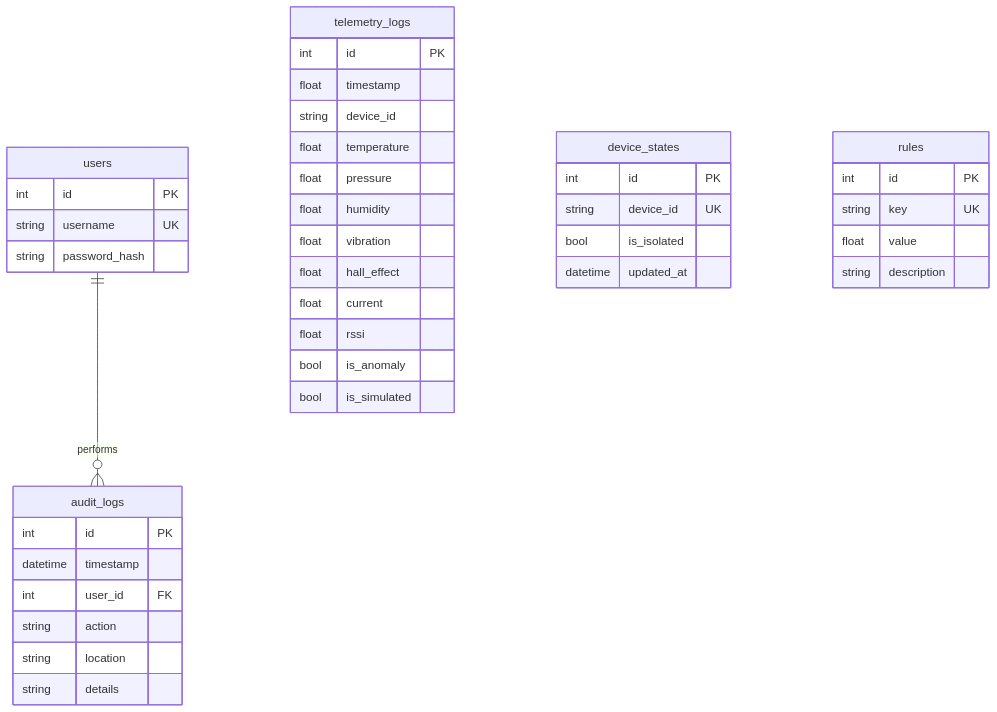
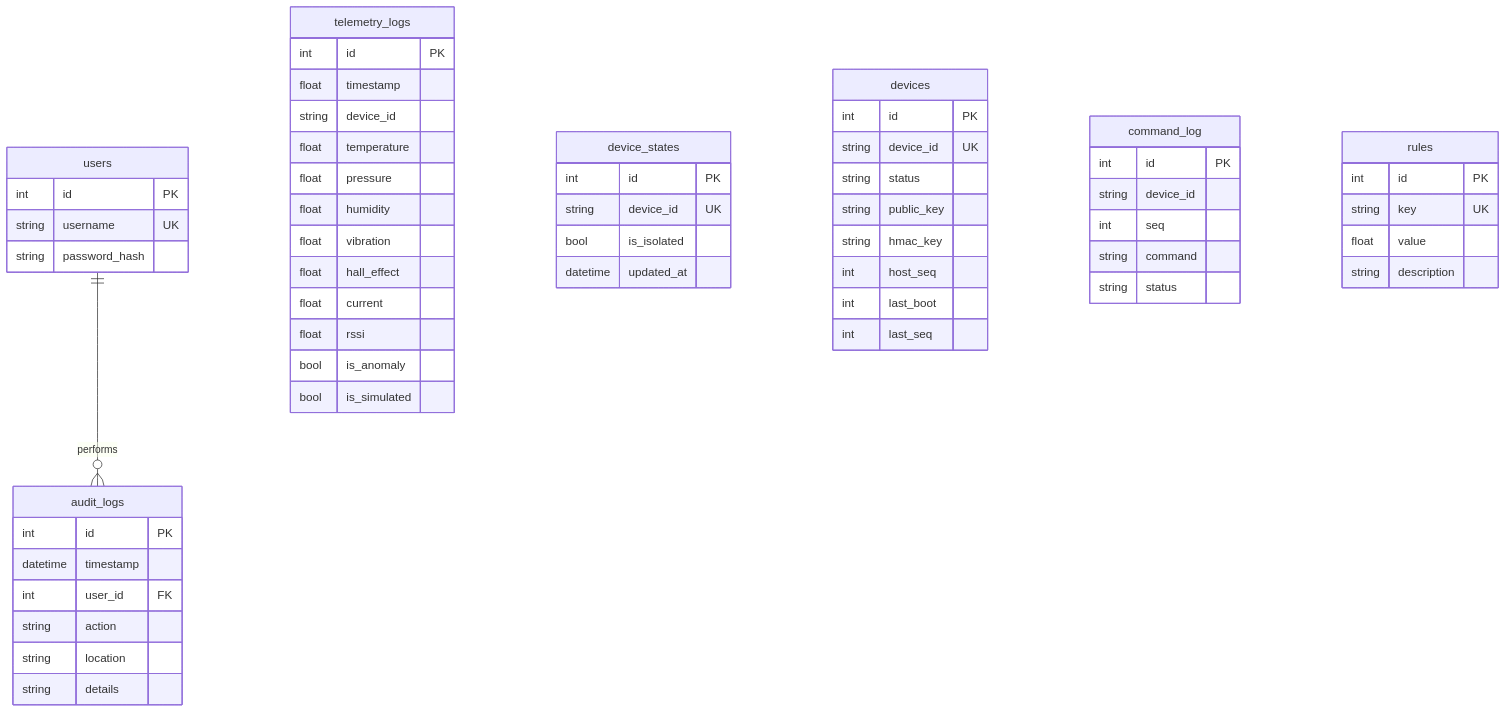
One commit to anshulec23-cloud/aegis-ics changed the fifth of 5 diagrams in docs/01-architecture/ARCHITECTURE.md. Above: the diagram before and after it, drawn with Mermaid. The commit also changed other lines of this file and 16 other files, not shown here.

````diff
--- a/docs/01-architecture/ARCHITECTURE.md
+++ b/docs/01-architecture/ARCHITECTURE.md
@@ -251,33 +256,46 @@
 ```mermaid
 erDiagram
     users ||--o{ audit_logs : "performs"
     users { int id PK
             string username UK
             string password_hash }
     audit_logs { int id PK
                  datetime timestamp
                  int user_id FK
                  string action
                  string location
                  string details }
     telemetry_logs { int id PK
                      float timestamp
                      string device_id
                      float temperature
                      float pressure
                      float humidity
                      float vibration
                      float hall_effect
                      float current
                      float rssi
                      bool is_anomaly
                      bool is_simulated }
     device_states { int id PK
                     string device_id UK
                     bool is_isolated
                     datetime updated_at }
+    devices { int id PK
+              string device_id UK
+              string status
+              string public_key
+              string hmac_key
+              int host_seq
+              int last_boot
+              int last_seq }
+    command_log { int id PK
+                  string device_id
+                  int seq
+                  string command
+                  string status }
     rules { int id PK
             string key UK
             float value
             string description }
 ```
````
